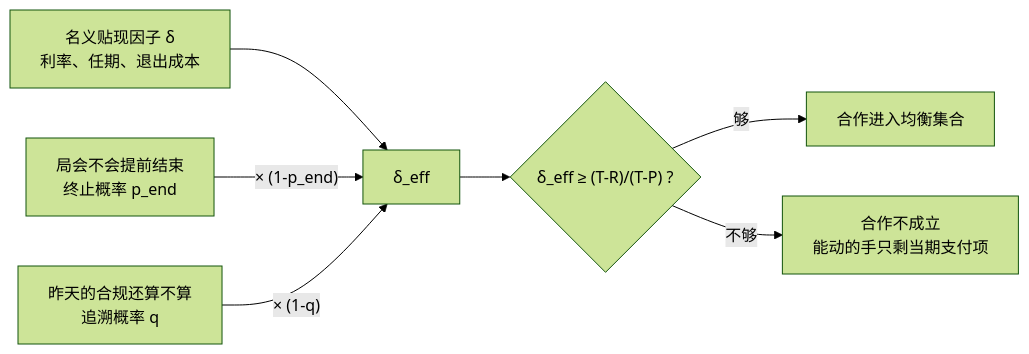
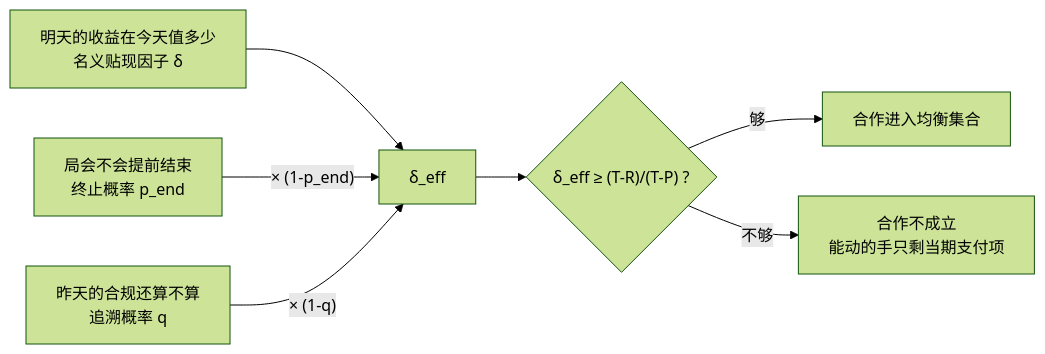
One commit to cj9208/cj9208.github.io changed the diagram in content/blog/systems_and_governance/game_theory/未来的影子-合作是贴现因子的函数不是道德的成果.md. Above: the diagram before and after it, drawn with Mermaid (forest theme). The commit also changed other lines of this file, not shown here.

````diff
--- a/content/blog/systems_and_governance/game_theory/未来的影子-合作是贴现因子的函数不是道德的成果.md
+++ b/content/blog/systems_and_governance/game_theory/未来的影子-合作是贴现因子的函数不是道德的成果.md
@@ -120,12 +114,12 @@
 ```mermaid
 graph LR
-    D["名义贴现因子 δ<br/>利率、任期、退出成本"]
+    D["明天的收益在今天值多少<br/>名义贴现因子 δ"]
     A["局会不会提前结束<br/>终止概率 p_end"]
     B["昨天的合规还算不算<br/>追溯概率 q"]
     D --> E["δ_eff"]
     A -->|"× (1-p_end)"| E
     B -->|"× (1-q)"| E
     E --> C{"δ_eff ≥ (T-R)/(T-P) ?"}
     C -->|"够"| Y["合作进入均衡集合"]
     C -->|"不够"| N["合作不成立<br/>能动的手只剩当期支付项"]
 ```
````
